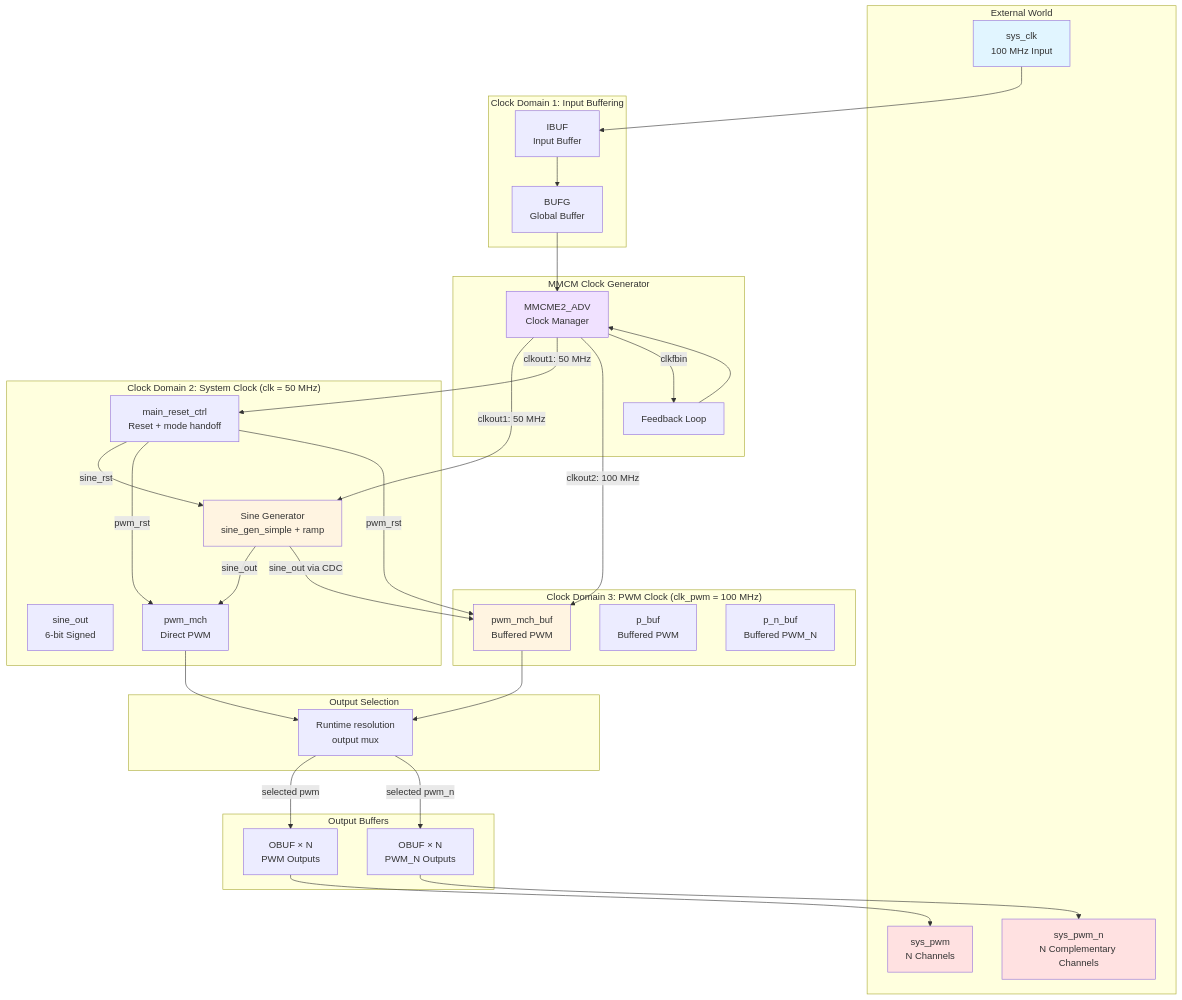
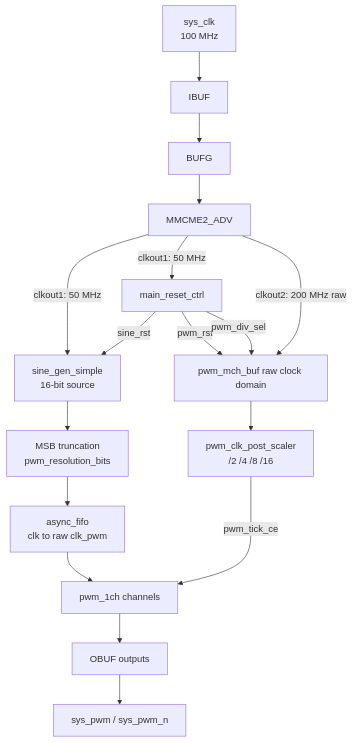
One commit to ekazakov1507/pwm_demo changed the diagram in docs/architecture/overview.md. Above: the diagram before and after it, drawn with Mermaid. The commit also changed other lines of this file and 24 other files, not shown here.

Commit message:
Add buffered PWM clock post-scaler

````diff
--- a/docs/architecture/overview.md
+++ b/docs/architecture/overview.md
@@ -9,68 +9,19 @@
 ```mermaid
 graph TB
-    subgraph "External World"
-        CLK_IN[sys_clk<br/>100 MHz Input]
-        PWM_OUT[sys_pwm<br/>N Channels]
-        PWM_N_OUT[sys_pwm_n<br/>N Complementary Channels]
-    end
+    CLK_IN[sys_clk<br/>100 MHz] --> IBUF[IBUF] --> BUFG[BUFG] --> MMCM[MMCME2_ADV]
+    MMCM -->|clkout1: 50 MHz| SINE[sine_gen_simple<br/>16-bit source]
+    MMCM -->|clkout1: 50 MHz| CTRL[main_reset_ctrl]
+    MMCM -->|clkout2: 200 MHz raw| PWMD[pwm_mch_buf raw clock domain]
 
-    subgraph "Clock Domain 1: Input Buffering"
-        IBUF[IBUF<br/>Input Buffer]
-        BUFG[BUFG<br/>Global Buffer]
-    end
+    CTRL -->|sine_rst| SINE
+    CTRL -->|pwm_rst| PWMD
+    CTRL -->|pwm_div_sel| PWMD
 
-    subgraph "MMCM Clock Generator"
-        MMCM[MMCME2_ADV<br/>Clock Manager]
-        CLK_FB[Feedback Loop]
-    end
-
-    subgraph "Clock Domain 2: System Clock (clk = 50 MHz)"
-        SINE[Sine Generator<br/>sine_gen_simple + ramp]
-        SINE_OUT[sine_out<br/>6-bit Signed]
-        DIRECT_PWM[pwm_mch<br/>Direct PWM]
-        RESET_CTRL[main_reset_ctrl<br/>Reset + mode handoff]
-    end
-
-    subgraph "Clock Domain 3: PWM Clock (clk_pwm = 100 MHz)"
-        PWM_MODULE[pwm_mch_buf<br/>Buffered PWM]
-        PWM_BUF[p_buf<br/>Buffered PWM]
-        PWM_N_BUF[p_n_buf<br/>Buffered PWM_N]
-    end
-
-    subgraph "Output Selection"
-        MODE_SEL[Runtime resolution<br/>output mux]
-    end
-
-    subgraph "Output Buffers"
-        OBUF_P[OBUF × N<br/>PWM Outputs]
-        OBUF_N[OBUF × N<br/>PWM_N Outputs]
-    end
-
-    CLK_IN --> IBUF
-    IBUF --> BUFG
-    BUFG --> MMCM
-    MMCM -->|clkout1: 50 MHz| SINE
-    MMCM -->|clkout1: 50 MHz| RESET_CTRL
-    MMCM -->|clkout2: 100 MHz| PWM_MODULE
-    MMCM -->|clkfbin| CLK_FB
-    CLK_FB --> MMCM
-
-    SINE -->|sine_out| DIRECT_PWM
-    SINE -->|sine_out via CDC| PWM_MODULE
-    RESET_CTRL -->|sine_rst| SINE
-    RESET_CTRL -->|pwm_rst| DIRECT_PWM
-    RESET_CTRL -->|pwm_rst| PWM_MODULE
-    DIRECT_PWM --> MODE_SEL
-    PWM_MODULE --> MODE_SEL
-    MODE_SEL -->|selected pwm| OBUF_P
-    MODE_SEL -->|selected pwm_n| OBUF_N
-    OBUF_P --> PWM_OUT
-    OBUF_N --> PWM_N_OUT
-
-    style CLK_IN fill:#e1f5ff
-    style PWM_OUT fill:#ffe1e1
-    style PWM_N_OUT fill:#ffe1e1
-    style SINE fill:#fff4e1
-    style PWM_MODULE fill:#fff4e1
-    style MMCM fill:#f0e1ff
+    SINE --> TRUNC[MSB truncation<br/>pwm_resolution_bits]
+    TRUNC --> FIFO[async_fifo<br/>clk to raw clk_pwm]
+    FIFO --> PWM[pwm_1ch channels]
+    PWMD --> SCALER[pwm_clk_post_scaler<br/>/2 /4 /8 /16]
+    SCALER -->|pwm_tick_ce| PWM
+    PWM --> OBUF[OBUF outputs]
+    OBUF --> PWM_OUT[sys_pwm / sys_pwm_n]
 ```
````
